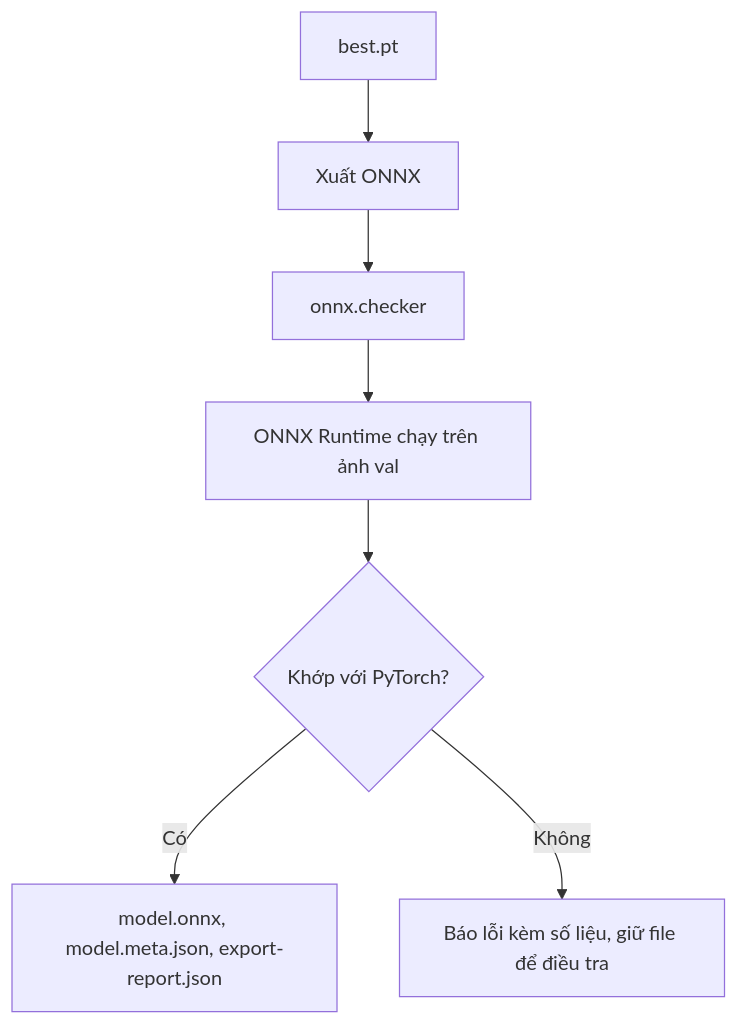
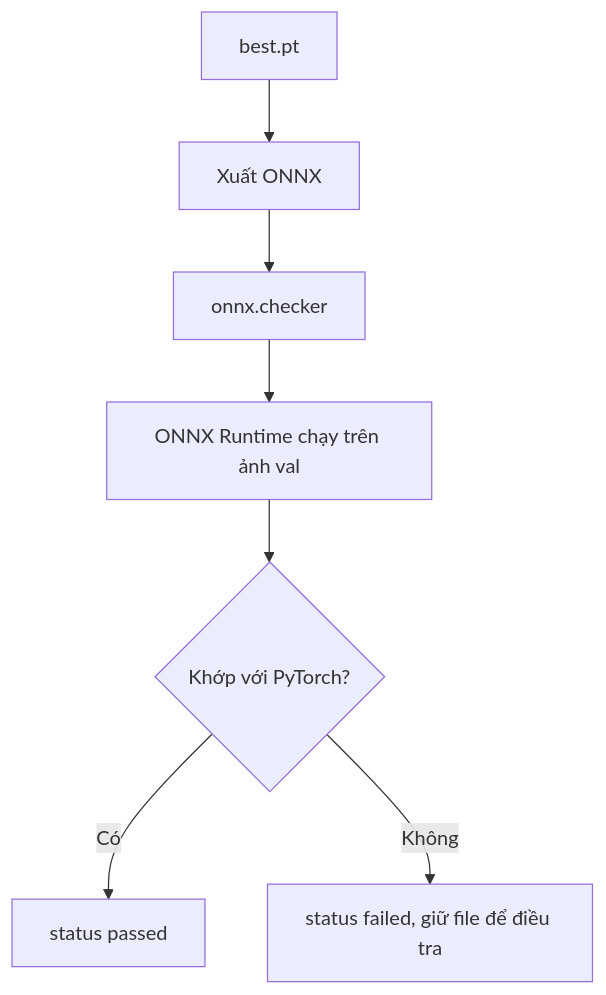
One commit to namlp198/NTech-Data-Studio changed the diagram in docs/trainer/TRAINER_SYSTEM_DESIGN.md. Above: the diagram before and after it, drawn with Mermaid. The commit also changed other lines of this file and 50 other files, not shown here.

````diff
--- a/docs/trainer/TRAINER_SYSTEM_DESIGN.md
+++ b/docs/trainer/TRAINER_SYSTEM_DESIGN.md
@@ -366,9 +371,9 @@
 ```mermaid
 flowchart TD
     A[best.pt] --> B[Xuất ONNX]
     B --> C[onnx.checker]
     C --> D[ONNX Runtime chạy trên ảnh val]
     D --> E{Khớp với PyTorch?}
-    E -->|Có| F[model.onnx, model.meta.json, export-report.json]
-    E -->|Không| G[Báo lỗi kèm số liệu, giữ file để điều tra]
+    E -->|Có| F[status passed]
+    E -->|Không| G[status failed, giữ file để điều tra]
 ```
````
